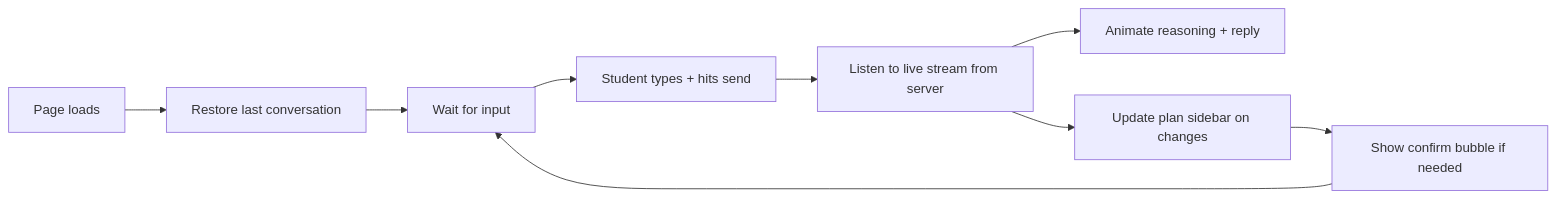
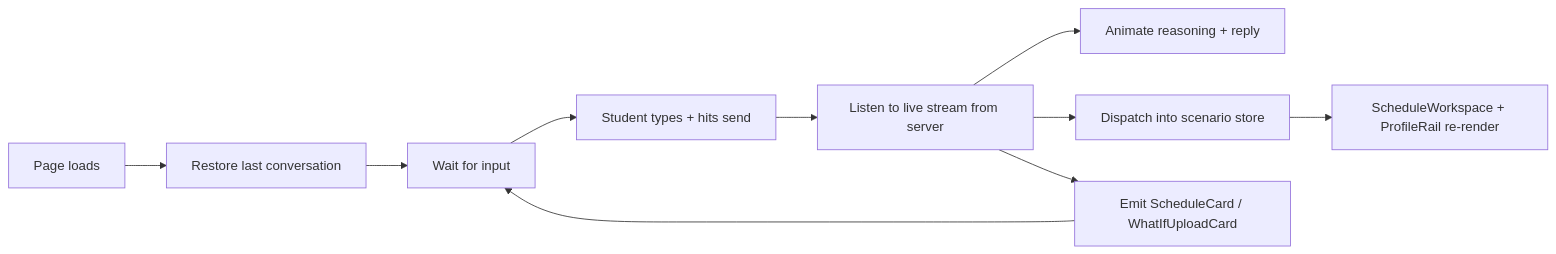
The first of 2 diagrams in Docs/current-system/web/chat-ui-client.md (EdoardoMongardi/NYU_Path), drawn with Mermaid before and after one commit. The commit also changed other lines of this file and 2 other files, not shown here.

First line of the commit message:
docs(plan36): H7.1 — revise web current-system docs + mark plan 36 COMPLETE

````diff
--- a/Docs/current-system/web/chat-ui-client.md
+++ b/Docs/current-system/web/chat-ui-client.md
@@ -9,11 +13,12 @@
 ```mermaid
 flowchart LR
     Mount[Page loads] --> Restore[Restore last conversation]
     Restore --> Idle[Wait for input]
     Idle --> Type[Student types + hits send]
     Type --> Stream[Listen to live stream from server]
     Stream --> Typewriter[Animate reasoning + reply]
-    Stream --> Sidebar[Update plan sidebar on changes]
-    Sidebar --> Bubble[Show confirm bubble if needed]
-    Bubble --> Idle
+    Stream --> Store[Dispatch into scenario store]
+    Store --> Workspace[ScheduleWorkspace + ProfileRail re-render]
+    Stream --> Card[Emit ScheduleCard / WhatIfUploadCard]
+    Card --> Idle
 ```
````
